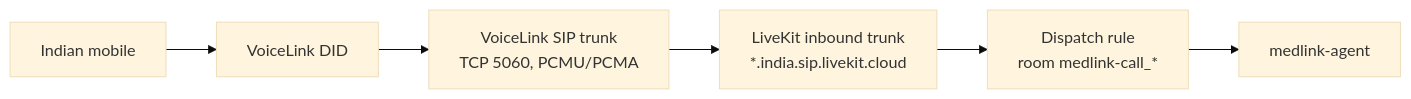
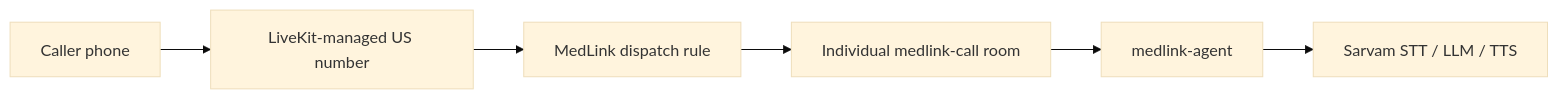
Before and after one commit to dharanishvijayakumar7-lgtm/medlink-voice-agent: the third of 3 diagrams in README.md, drawn with Mermaid (base theme). The commit also changed other lines of this file and 2 other files, not shown here.

Commit message:
added a new telphony provider for the voice agent

````diff
--- a/README.md
+++ b/README.md
@@ -267,8 +267,8 @@
 ```mermaid
 flowchart LR
-    A[Indian mobile] --> B[VoiceLink DID]
-    B --> C[VoiceLink SIP trunk<br/>TCP 5060, PCMU/PCMA]
-    C --> D[LiveKit inbound trunk<br/>*.india.sip.livekit.cloud]
-    D --> E[Dispatch rule<br/>room medlink-call_*]
-    E --> F[medlink-agent]
+    A[Caller phone] --> B[LiveKit-managed US number]
+    B --> C[MedLink dispatch rule]
+    C --> D[Individual medlink-call room]
+    D --> E[medlink-agent]
+    E --> F[Sarvam STT / LLM / TTS]
 ```
````
